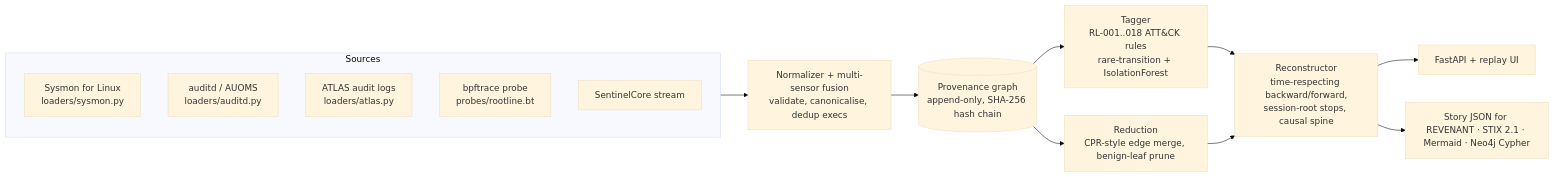
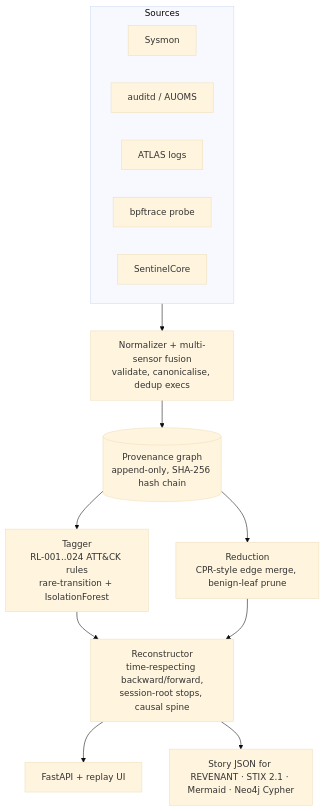
One commit to rakshit-737/rootline changed the diagram in docs/architecture.md. Above: the diagram before and after it, drawn with Mermaid (base theme). The commit also changed other lines of this file and 8 other files, not shown here.

Commit message:
docs: How it works, Evaluation and Reproduce pages; contribution statement and Try-it-in-60-seconds on the home page; refreshed limitations, datasets and architecture

````diff
--- a/docs/architecture.md
+++ b/docs/architecture.md
@@ -3,18 +3,19 @@
 ```mermaid
-flowchart LR
+flowchart TB
   subgraph SRC["Sources"]
-    S1["Sysmon for Linux<br/>loaders/sysmon.py"]
-    S2["auditd / AUOMS<br/>loaders/auditd.py"]
-    S3["ATLAS audit logs<br/>loaders/atlas.py"]
-    S4["bpftrace probe<br/>probes/rootline.bt"]
-    S5["SentinelCore stream"]
+    direction LR
+    S1["Sysmon"]
+    S2["auditd / AUOMS"]
+    S3["ATLAS logs"]
+    S4["bpftrace probe"]
+    S5["SentinelCore"]
   end
   SRC --> NORM["Normalizer + multi-sensor fusion<br/>validate, canonicalise, dedup execs"]
   NORM --> PG[("Provenance graph<br/>append-only, SHA-256 hash chain")]
-  PG --> DET["Tagger<br/>RL-001..018 ATT&CK rules<br/>rare-transition + IsolationForest"]
+  PG --> DET["Tagger<br/>RL-001..024 ATT&CK rules<br/>rare-transition + IsolationForest"]
   PG --> RED["Reduction<br/>CPR-style edge merge, benign-leaf prune"]
   DET --> REC
   RED --> REC["Reconstructor<br/>time-respecting backward/forward,<br/>session-root stops, causal spine"]
   REC --> API["FastAPI + replay UI"]
   REC --> EXP["Story JSON for REVENANT · STIX 2.1 · Mermaid · Neo4j Cypher"]
 ```
````
